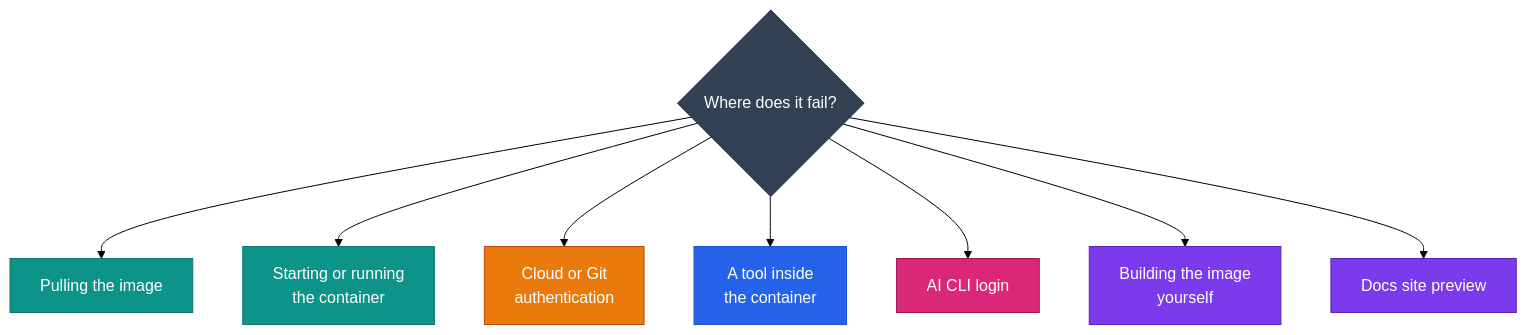
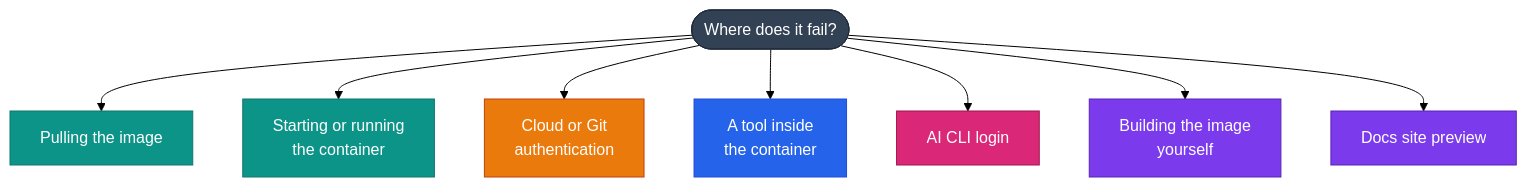
One commit to jinalshah/devops-images changed the diagram in docs/troubleshooting/index.md. Above: the diagram before and after it, drawn with Mermaid (forest theme). The commit also changed 6 other files, not shown here.

First line of the commit message:
Finish docs accuracy and visual pass; make diagrams readable

````diff
--- a/docs/troubleshooting/index.md
+++ b/docs/troubleshooting/index.md
@@ -5,31 +5,24 @@
 ```mermaid
 flowchart TD
-  Q{"Where does it fail?"} --> P["Pulling the image"]
+  Q(["Where does it fail?"]) --> P["Pulling the image"]
   Q --> R["Starting or running<br/>the container"]
   Q --> A["Cloud or Git<br/>authentication"]
   Q --> T["A tool inside<br/>the container"]
   Q --> AI["AI CLI login"]
   Q --> B["Building the image<br/>yourself"]
   Q --> D["Docs site preview"]
 
-  click P href "#pull"
-  click R href "#runtime"
-  click A href "#auth"
-  click T href "#tools"
-  click AI href "#ai-clis"
-  click B href "#build"
-  click D href "#docs"
 
   classDef neutral fill:#334155,stroke:#1e293b,color:#fff
   classDef base fill:#0d9488,stroke:#0f766e,color:#fff
   classDef aws fill:#ea7a0c,stroke:#c2410c,color:#fff
   classDef gcp fill:#2563eb,stroke:#1d4ed8,color:#fff
   classDef ai fill:#db2777,stroke:#9d174d,color:#fff
   classDef all fill:#7c3aed,stroke:#5b21b6,color:#fff
   class Q neutral
   class P,R base
   class A aws
   class T gcp
   class AI ai
   class B,D all
 ```
````
